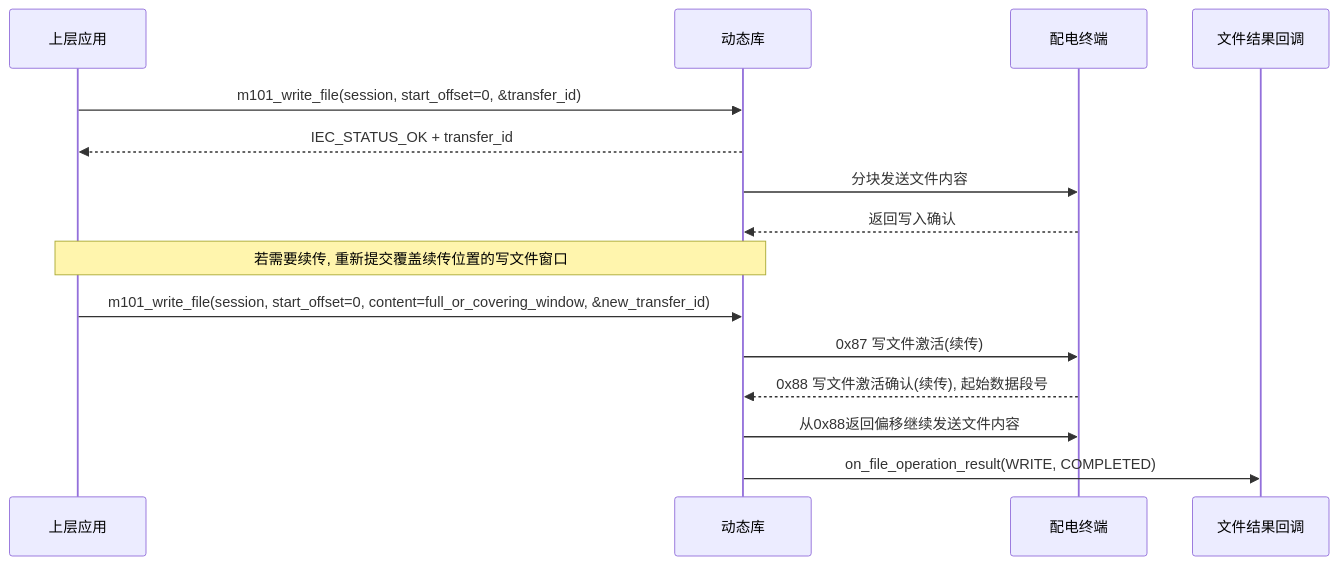
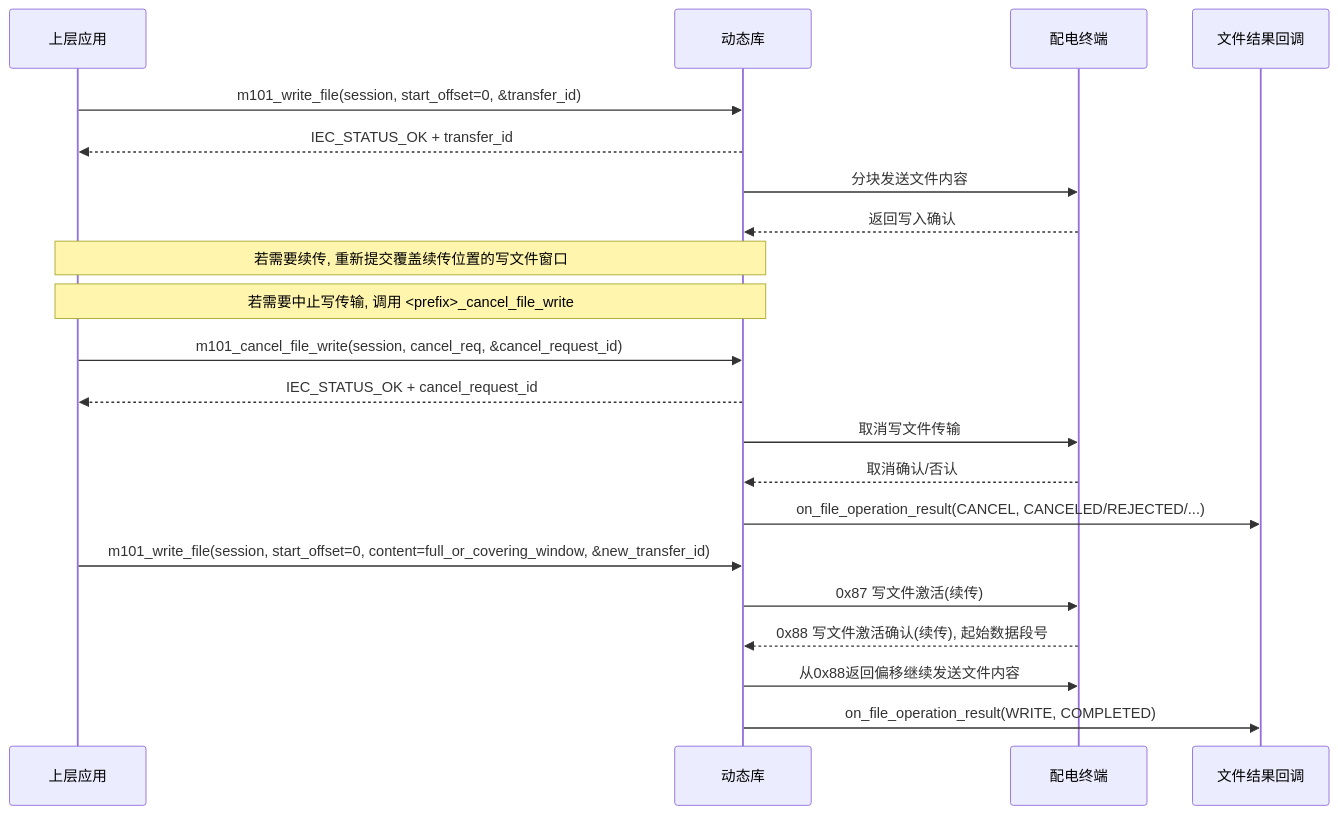
One commit to CcooLcyy/gw-protocol-sdk changed diagram 13 of 20 in doc/api/gw_protocol_sdk_api_design.md. Above: the diagram before and after it, drawn with Mermaid. The commit also changed other lines of this file and 3 other files, not shown here.

````diff
--- a/doc/api/gw_protocol_sdk_api_design.md
+++ b/doc/api/gw_protocol_sdk_api_design.md
@@ -2419,18 +2445,24 @@
 ```mermaid
 sequenceDiagram
     participant 应用 as 上层应用
     participant 库 as 动态库
     participant 终端 as 配电终端
     participant 回调 as 文件结果回调
 
     应用->>库: m101_write_file(session, start_offset=0, &transfer_id)
     库-->>应用: IEC_STATUS_OK + transfer_id
     库->>终端: 分块发送文件内容
     终端-->>库: 返回写入确认
     Note over 应用,库: 若需要续传, 重新提交覆盖续传位置的写文件窗口
+    Note over 应用,库: 若需要中止写传输, 调用 <prefix>_cancel_file_write
+    应用->>库: m101_cancel_file_write(session, cancel_req, &cancel_request_id)
+    库-->>应用: IEC_STATUS_OK + cancel_request_id
+    库->>终端: 取消写文件传输
+    终端-->>库: 取消确认/否认
+    库->>回调: on_file_operation_result(CANCEL, CANCELED/REJECTED/...)
     应用->>库: m101_write_file(session, start_offset=0, content=full_or_covering_window, &new_transfer_id)
     库->>终端: 0x87 写文件激活(续传)
     终端-->>库: 0x88 写文件激活确认(续传), 起始数据段号
     库->>终端: 从0x88返回偏移继续发送文件内容
     库->>回调: on_file_operation_result(WRITE, COMPLETED)
 ```
````
